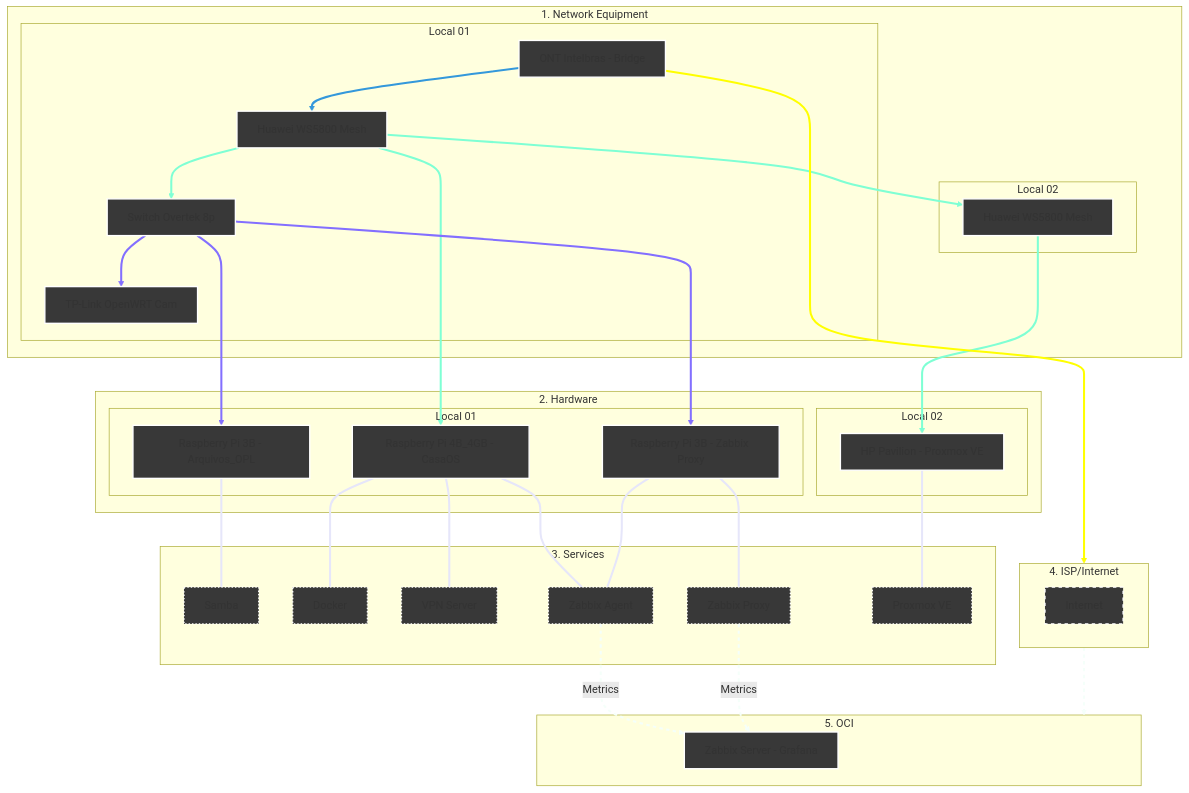
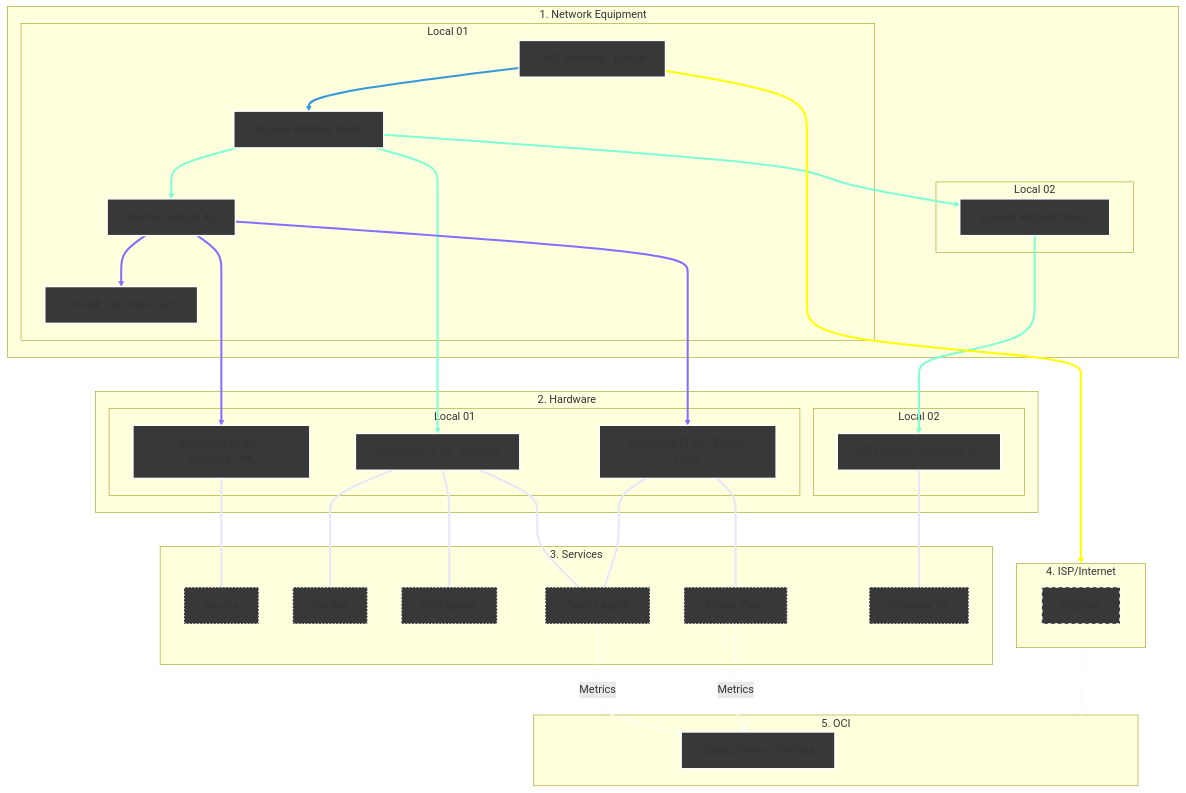
One commit to kevindexter22/Dr-Hardware-Autonet changed the diagram in Infrastructure/README.md. Above: the diagram before and after it, drawn with Mermaid.

````diff
--- a/Infrastructure/README.md
+++ b/Infrastructure/README.md
@@ -13,72 +13,72 @@
 ```mermaid
 graph TD
     %% Styles
     classDef network fill:#383838,stroke:#FFFFFF,stroke-width:2px;
     classDef hardware fill:#383838,stroke:#FFFFFF,stroke-width:2px;
     classDef internet fill:#383838,stroke:#FFFFFF,stroke-width:2px,stroke-dasharray: 5 5;
     classDef services fill:#383838,stroke:#FFFFFF,stroke-width:2px, stroke-dasharray: 2 3;
     classDef oci fill:#383838,stroke:#FFFFFF,stroke-width:2px;
 
     %% 1. NETWORK EQUIPMENT
     subgraph Principal["1. Network Equipment"]
     subgraph S1 [Local 01]
         ONT[ONT Intelbras - Bridge]:::network --> R_Mesh1[Huawei WS5800 Mesh]:::network
         R_Mesh1 --> SW1[Switch Overtek 8p]:::network
         SW1 --> R_Cams[TP-Link OpenWRT Cam]:::network    
     end
     subgraph S2 [Local 02]
         R_Mesh1 --> R_Mesh2[Huawei WS5800 Mesh]:::network
     end
     end
     
     %% 2. HARDWARE
     subgraph Principal02["2. Hardware"]
     subgraph S3 [Local 01]
         SW1 ---> RPi3B_1[Raspberry Pi 3B - Arquivos_OPL]:::hardware
-        R_Mesh1 ---> RPi4B[Raspberry Pi 4B_4GB - CasaOS]:::hardware
+        R_Mesh1 ---> RPi4B[Raspberry Pi 4B - CasaOS]:::hardware
         SW1 ---> RPi3B_2[Raspberry Pi 3B - Zabbix Proxy]:::hardware
     end
     subgraph S4 [Local 02]
         R_Mesh2 ---> HP[HP Pavilion - Proxmox VE]:::hardware
     end
     end
 
     %% 3. SERVICES     
     subgraph S5 [3. Services];
         RPi3B_1 --- SMB1[Samba]:::services
         RPi4B --- Docker[Docker]:::services
         RPi4B --- VPN[VPN Server]:::services
         RPi4B --- ZA[Zabbix Agent]:::services
         RPi3B_2 --- ZA[Zabbix Agent]:::services
         RPi3B_2 --- ZP[Zabbix Proxy]:::services
         HP --- PVE[Proxmox VE]:::services        
     end
 
     %% 4. Internet (The Bridge)
     subgraph S6 [4. ISP/Internet]
            internet[Internet]:::internet
     end
 
     %% 5. Oracle Cloud Infrastructure
     subgraph S7 [5. OCI]
         ZS[Zabbix Server - Grafana]:::oci
     end
 
     %% Conections of data flow
     ONT --> S6
     S6 --> S7
     
     %% Logical conections
     ZA -.-> |Metrics| ZS
     ZP -.-> |Metrics| ZS 
 
     %% --- Set collor on conections ---
     
     linkStyle 0 stroke:#3498db,stroke-width:3px;
     linkStyle 1,3,5,7 stroke:#7FFFD4,stroke-width:3px;
     linkStyle 2,4,6 stroke:#836FFF,stroke-width:3px;
     linkStyle 8,9,10,11,12,13,14 stroke:#E6E6FA,stroke-width:3px;
     linkStyle 15 stroke:#FFFF00,stroke-width:3px;
     linkStyle 16,17,18 stroke:#F5FFFA,stroke-width:3px,stroke-dasharray: 5 5;
 
 ```
````
